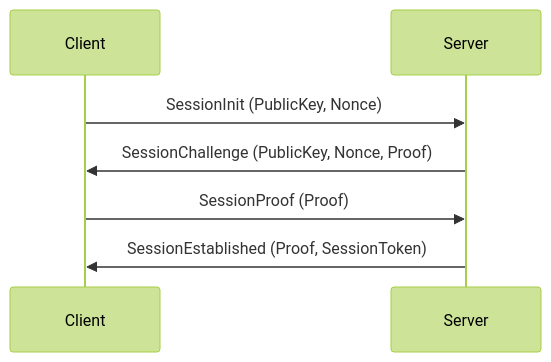
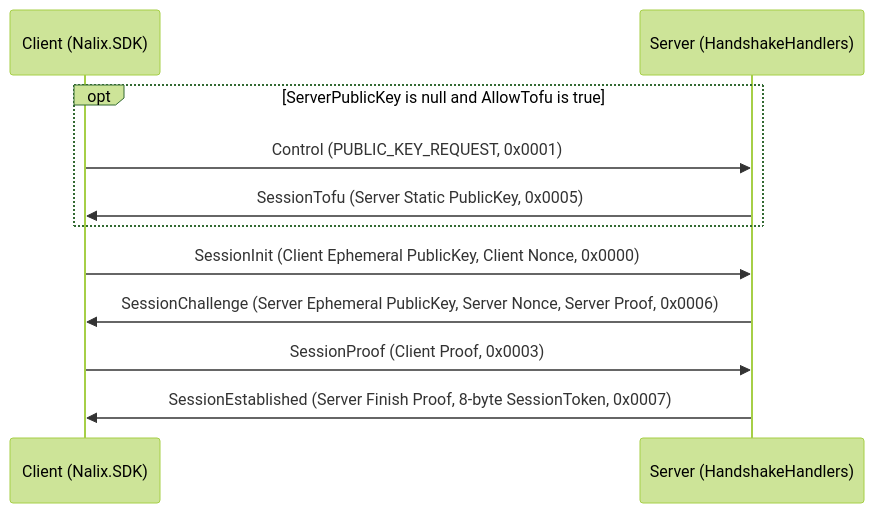
The diagram in src/content/docs/en-us/api/security/handshake.md (ppn-systems/nalix-docs), drawn with Mermaid (forest theme) before and after one commit. The commit also changed other lines of this file and 180 other files, not shown here.

````diff
--- a/src/content/docs/en-us/api/security/handshake.md
+++ b/src/content/docs/en-us/api/security/handshake.md
@@ -32,9 +30,13 @@
 ```mermaid
 sequenceDiagram
-    participant C as Client
-    participant S as Server
-    C->>S: SessionInit (PublicKey, Nonce)
-    S->>C: SessionChallenge (PublicKey, Nonce, Proof)
-    C->>S: SessionProof (Proof)
-    S->>C: SessionEstablished (Proof, SessionToken)
+    participant C as Client (Nalix.SDK)
+    participant S as Server (HandshakeHandlers)
+    opt ServerPublicKey is null and AllowTofu is true
+        C->>S: Control (PUBLIC_KEY_REQUEST, 0x0001)
+        S->>C: SessionTofu (Server Static PublicKey, 0x0005)
+    end
+    C->>S: SessionInit (Client Ephemeral PublicKey, Client Nonce, 0x0000)
+    S->>C: SessionChallenge (Server Ephemeral PublicKey, Server Nonce, Server Proof, 0x0006)
+    C->>S: SessionProof (Client Proof, 0x0003)
+    S->>C: SessionEstablished (Server Finish Proof, 8-byte SessionToken, 0x0007)
 ```
````
